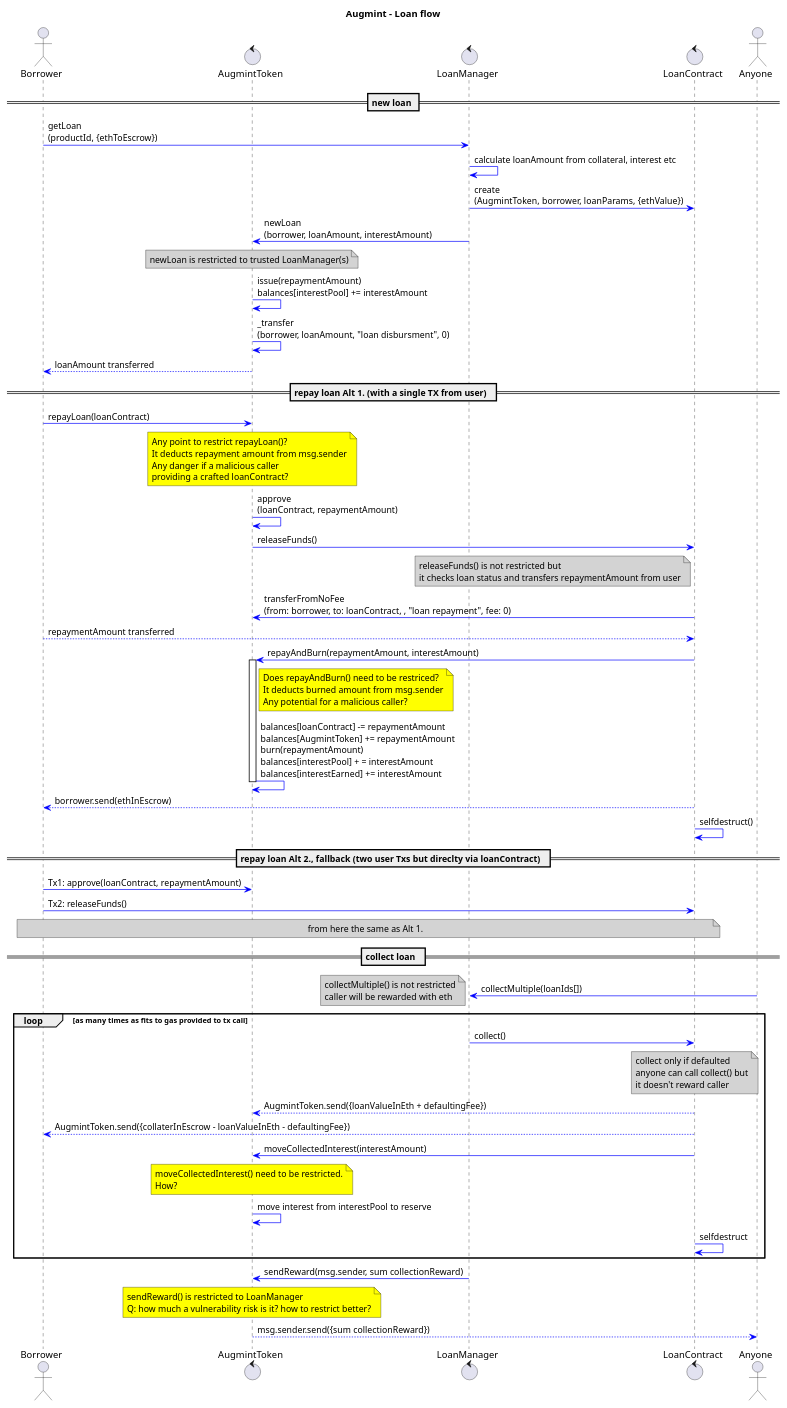
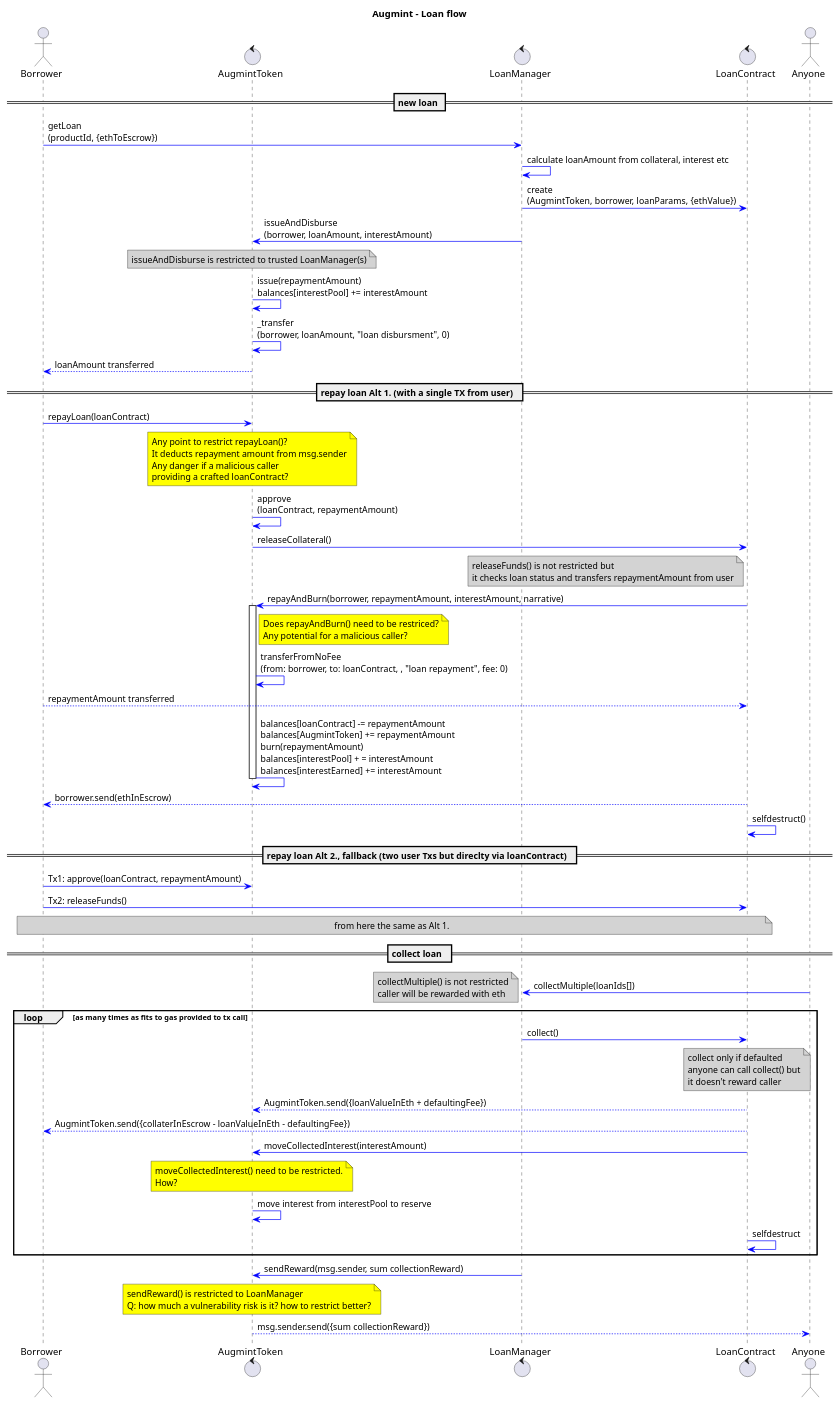
The diagram in docs/loanFlow.plantuml (Augmint/augmint-web), drawn with PlantUML before and after one commit. The commit also changed 3 other files, not shown here.

Commit message:
sequence diagram updates

```diff
--- a/docs/loanFlow.plantuml
+++ b/docs/loanFlow.plantuml
@@ -1,86 +1,85 @@
 @startuml
 title **Augmint** - Loan flow
 skinparam ArrowColor #blue
 skinparam noteBackgroundColor #lightgrey
 actor Borrower
 control AugmintToken
 control LoanManager
 control LoanContract
 actor Anyone
 == new loan ==
 Borrower -> LoanManager : getLoan\n(productId, {ethToEscrow})
 LoanManager -> LoanManager : calculate loanAmount from collateral, interest etc
 LoanManager -> LoanContract : create\n(AugmintToken, borrower, loanParams, {ethValue})
-LoanManager -> AugmintToken : newLoan\n(borrower, loanAmount, interestAmount)
+LoanManager -> AugmintToken : issueAndDisburse\n(borrower, loanAmount, interestAmount)
 note over AugmintToken
-newLoan is restricted to trusted LoanManager(s)
+issueAndDisburse is restricted to trusted LoanManager(s)
 end note
 AugmintToken -> AugmintToken : issue(repaymentAmount)\nbalances[interestPool] += interestAmount
 AugmintToken -> AugmintToken : _transfer\n(borrower, loanAmount, "loan disbursment", 0)
 AugmintToken --> Borrower : loanAmount transferred
 
 == repay loan Alt 1. (with a single TX from user)  ==
 Borrower -> AugmintToken : repayLoan(loanContract)
 note over AugmintToken #yellow
     Any point to restrict repayLoan()?
     It deducts repayment amount from msg.sender
     Any danger if a malicious caller
     providing a crafted loanContract?
 end note
 AugmintToken -> AugmintToken : approve\n(loanContract, repaymentAmount)
 
-AugmintToken -> LoanContract : releaseFunds()
+AugmintToken -> LoanContract : releaseCollateral()
 note left LoanContract
     releaseFunds() is not restricted but
     it checks loan status and transfers repaymentAmount from user
 end note
-LoanContract -> AugmintToken : transferFromNoFee\n(from: borrower, to: loanContract, , "loan repayment", fee: 0)
-Borrower --> LoanContract : repaymentAmount transferred
-LoanContract -> AugmintToken : repayAndBurn(repaymentAmount, interestAmount)
+LoanContract -> AugmintToken : repayAndBurn(borrower, repaymentAmount, interestAmount, narrative)
 note right AugmintToken #yellow
     Does repayAndBurn() need to be restriced?
-    It deducts burned amount from msg.sender
     Any potential for a malicious caller?
 end note
 activate AugmintToken
+AugmintToken -> AugmintToken : transferFromNoFee\n(from: borrower, to: loanContract, , "loan repayment", fee: 0)
+Borrower --> LoanContract : repaymentAmount transferred
 AugmintToken -> AugmintToken : balances[loanContract] -= repaymentAmount\nbalances[AugmintToken] += repaymentAmount\nburn(repaymentAmount)\nbalances[interestPool] + = interestAmount\nbalances[interestEarned] += interestAmount
 deactivate AugmintToken
 LoanContract --> Borrower : borrower.send(ethInEscrow)
 LoanContract -> LoanContract : selfdestruct()
 
 == repay loan Alt 2., fallback (two user Txs but direclty via loanContract)  ==
 Borrower -> AugmintToken : Tx1: approve(loanContract, repaymentAmount)
 Borrower -> LoanContract : Tx2: releaseFunds()
 note over Borrower, LoanContract
     from here the same as Alt 1.
 end note
 == collect loan  ==
 Anyone -> LoanManager : collectMultiple(loanIds[])
 note left
     collectMultiple() is not restricted
     caller will be rewarded with eth
 end note
 loop as many times as fits to gas provided to tx call
     LoanManager -> LoanContract : collect()
     note over LoanContract
         collect only if defaulted
         anyone can call collect() but
         it doesn't reward caller
     end note
     LoanContract --> AugmintToken : AugmintToken.send({loanValueInEth + defaultingFee})
     LoanContract --> Borrower : AugmintToken.send({collaterInEscrow - loanValueInEth - defaultingFee})
     LoanContract -> AugmintToken : moveCollectedInterest(interestAmount)
     note over AugmintToken #yellow
     moveCollectedInterest() need to be restricted.
     How?
     end note
     AugmintToken -> AugmintToken : move interest from interestPool to reserve
     LoanContract -> LoanContract : selfdestruct
 end
 LoanManager -> AugmintToken : sendReward(msg.sender, sum collectionReward)
 note over AugmintToken #yellow
     sendReward() is restricted to LoanManager
     Q: how much a vulnerability risk is it? how to restrict better?
 end note
 AugmintToken --> Anyone : msg.sender.send({sum collectionReward})
 @enduml
```
